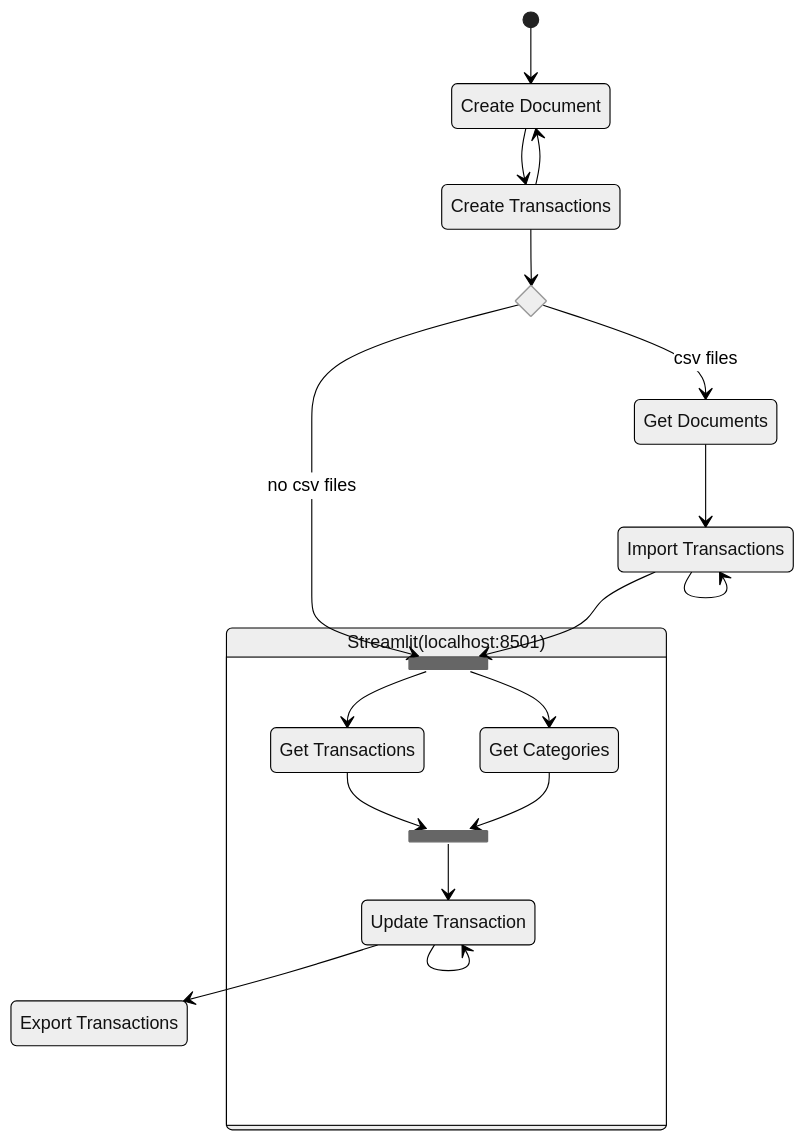
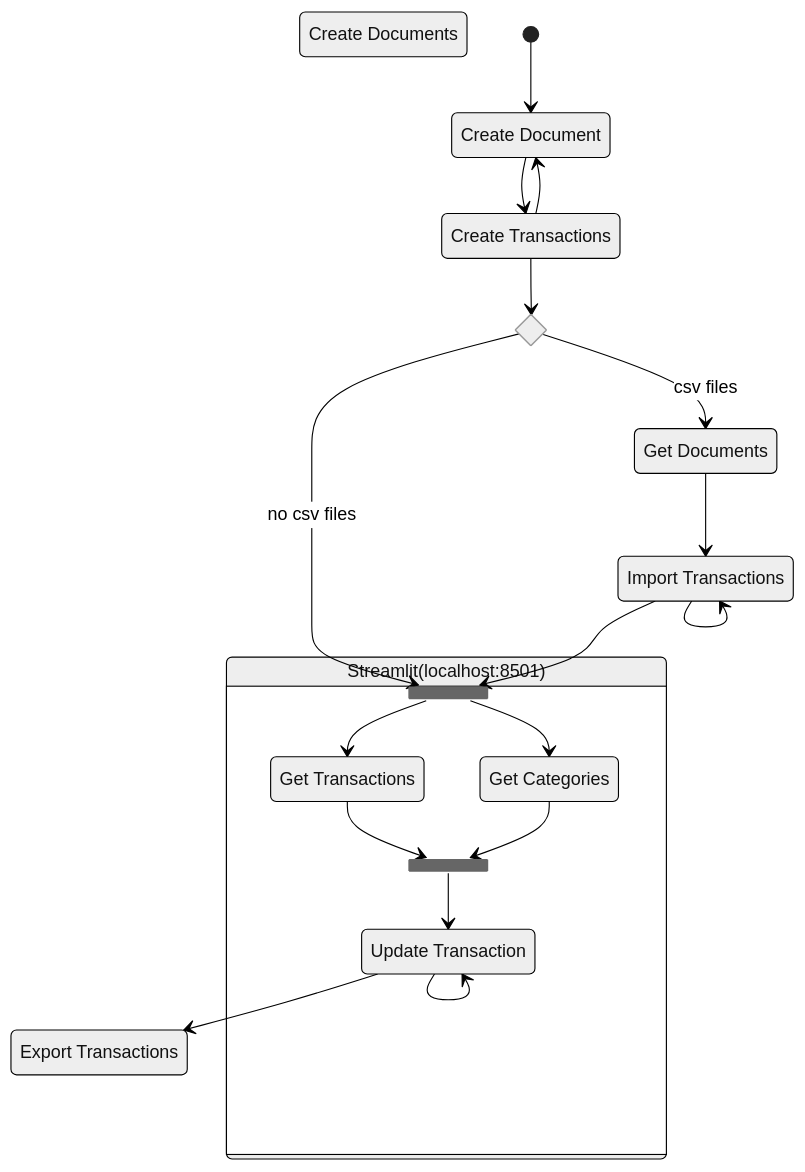
The fourth of 4 diagrams in new-service/REST/README.md (josueelias9/improving-BCP-organizate), drawn with Mermaid (neutral theme) before and after one commit. The commit also changed 4 other files, not shown here.

````diff
--- a/new-service/REST/README.md
+++ b/new-service/REST/README.md
@@ -71,35 +71,36 @@
 ```mermaid
 
 stateDiagram
 cd : Create Document
+cds : Create Documents
 ct : Create Transactions
 it : Import Transactions
 gd : Get Documents
 et : Export Transactions
 state if_state <<choice>>
 
 state Streamlit(localhost:8501) {
         state join_state <<join>>
         state fork_state <<fork>>
         ut : Update Transaction
         gt : Get Transactions
         gc : Get Categories
 }
         [*] --> cd
         cd --> ct
         ct --> if_state
         if_state --> gd: csv files
         if_state --> join_state : no csv files
         ct --> cd
         gd --> it
         it --> it
         it --> join_state
         join_state --> gc
         join_state --> gt
         ut --> ut
         ut --> et
         gt --> fork_state
         gc --> fork_state
         fork_state --> ut
 
 ```
````
